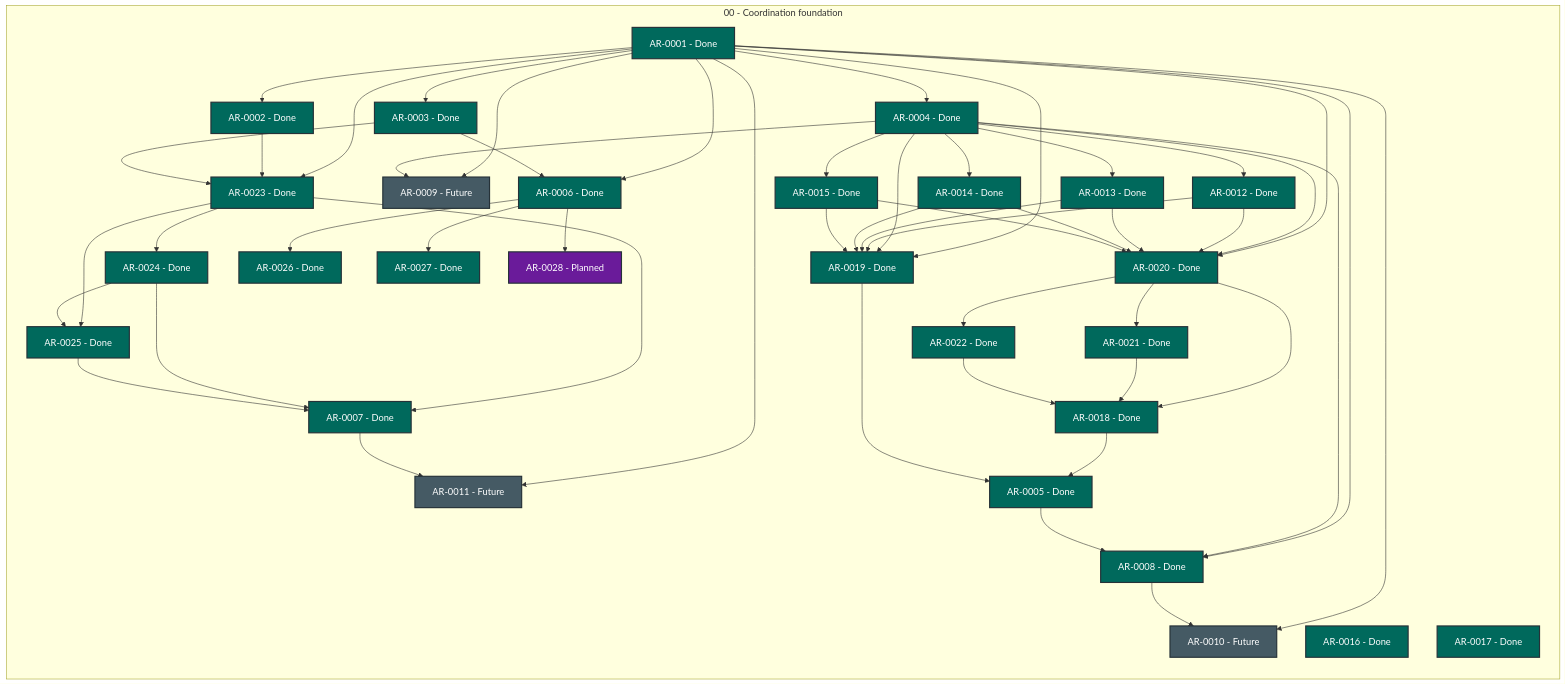
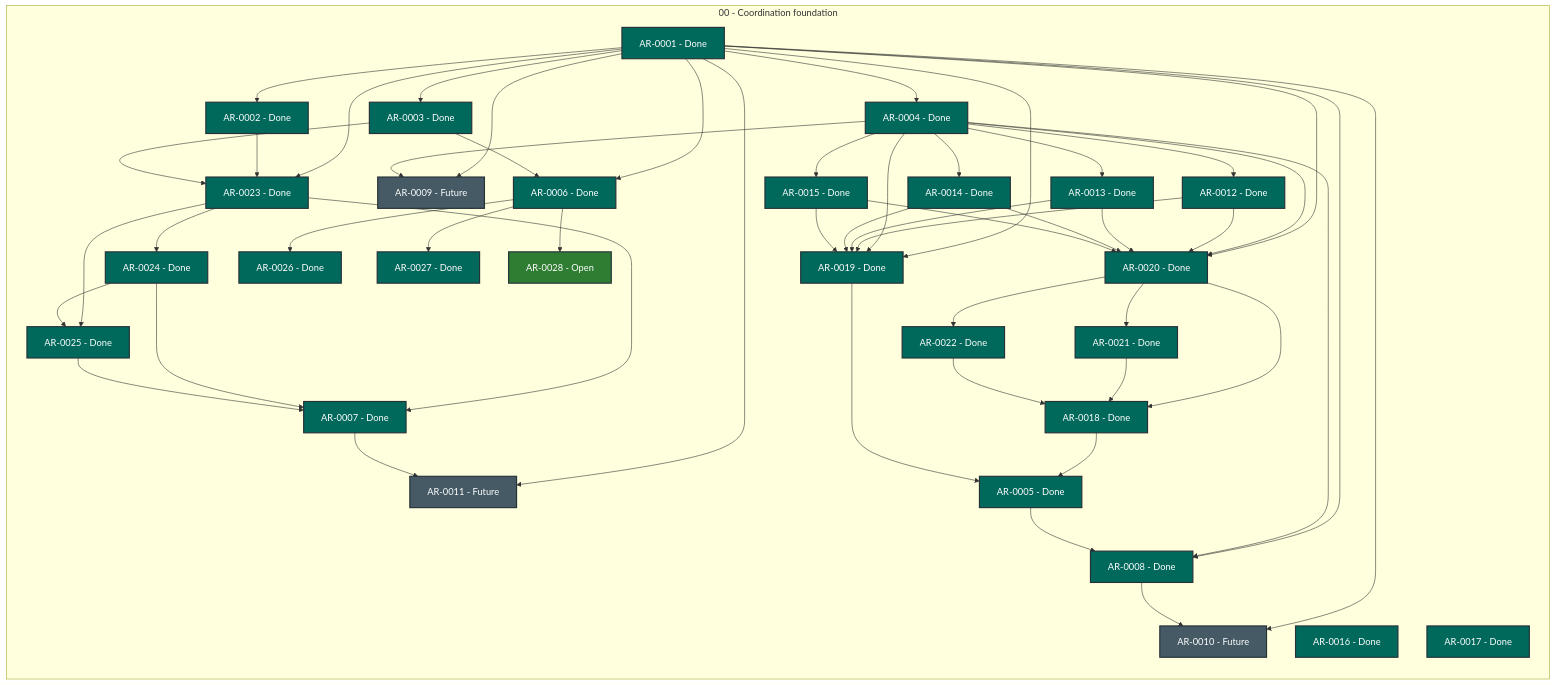
Before and after one commit to martin-beck/agent-workflow-quality-state: the diagram in STATUS.md, drawn with Mermaid. The commit also changed other lines of this file and 2 other files, not shown here.

```diff
--- a/STATUS.md
+++ b/STATUS.md
@@ -55,7 +55,7 @@
         AR_0025["AR-0025 - Done"]:::status_done
         AR_0026["AR-0026 - Done"]:::status_done
         AR_0027["AR-0027 - Done"]:::status_done
-        AR_0028["AR-0028 - Planned"]:::status_planned
+        AR_0028["AR-0028 - Open"]:::status_open
     end
     AR_0001 --> AR_0002
     AR_0001 --> AR_0003
```
